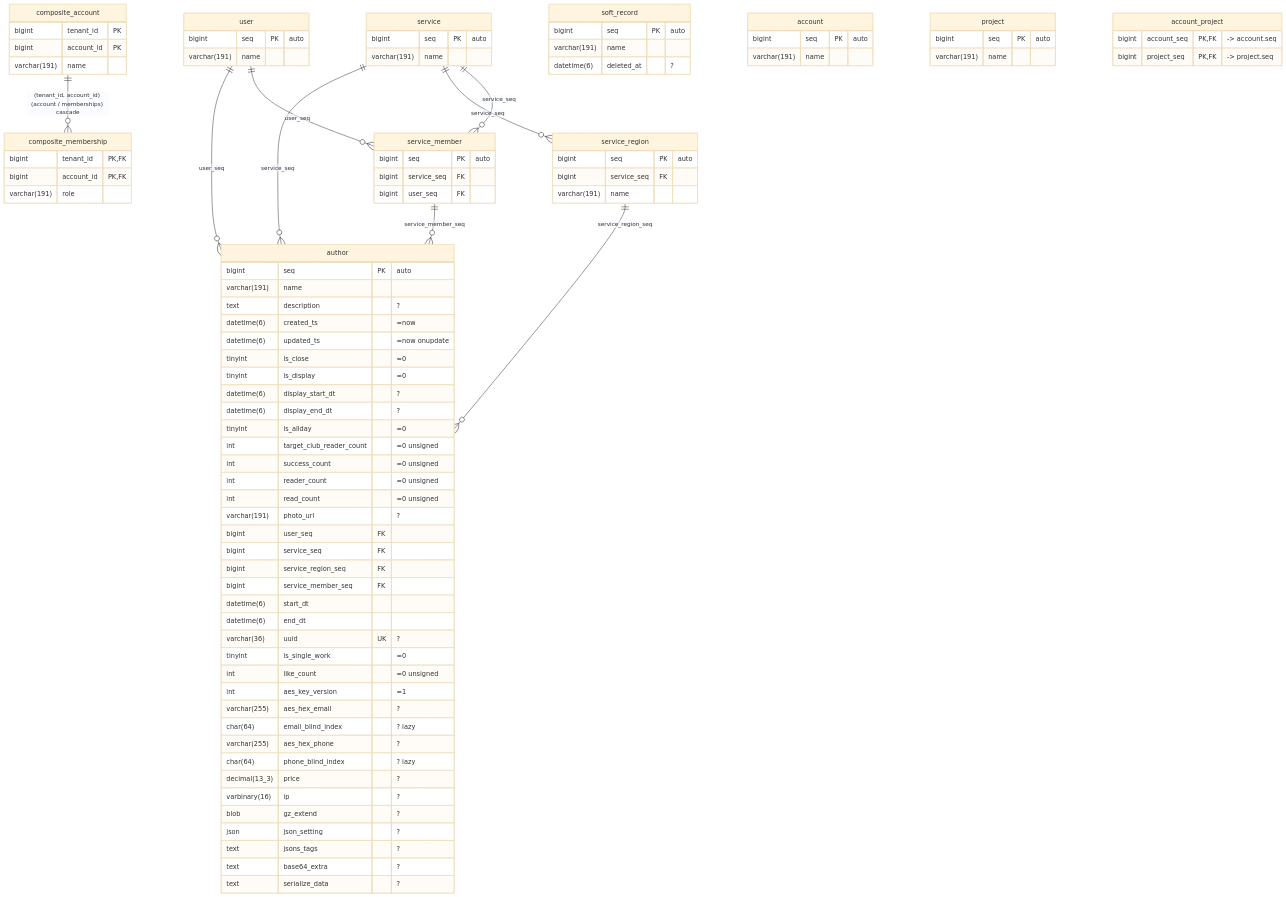
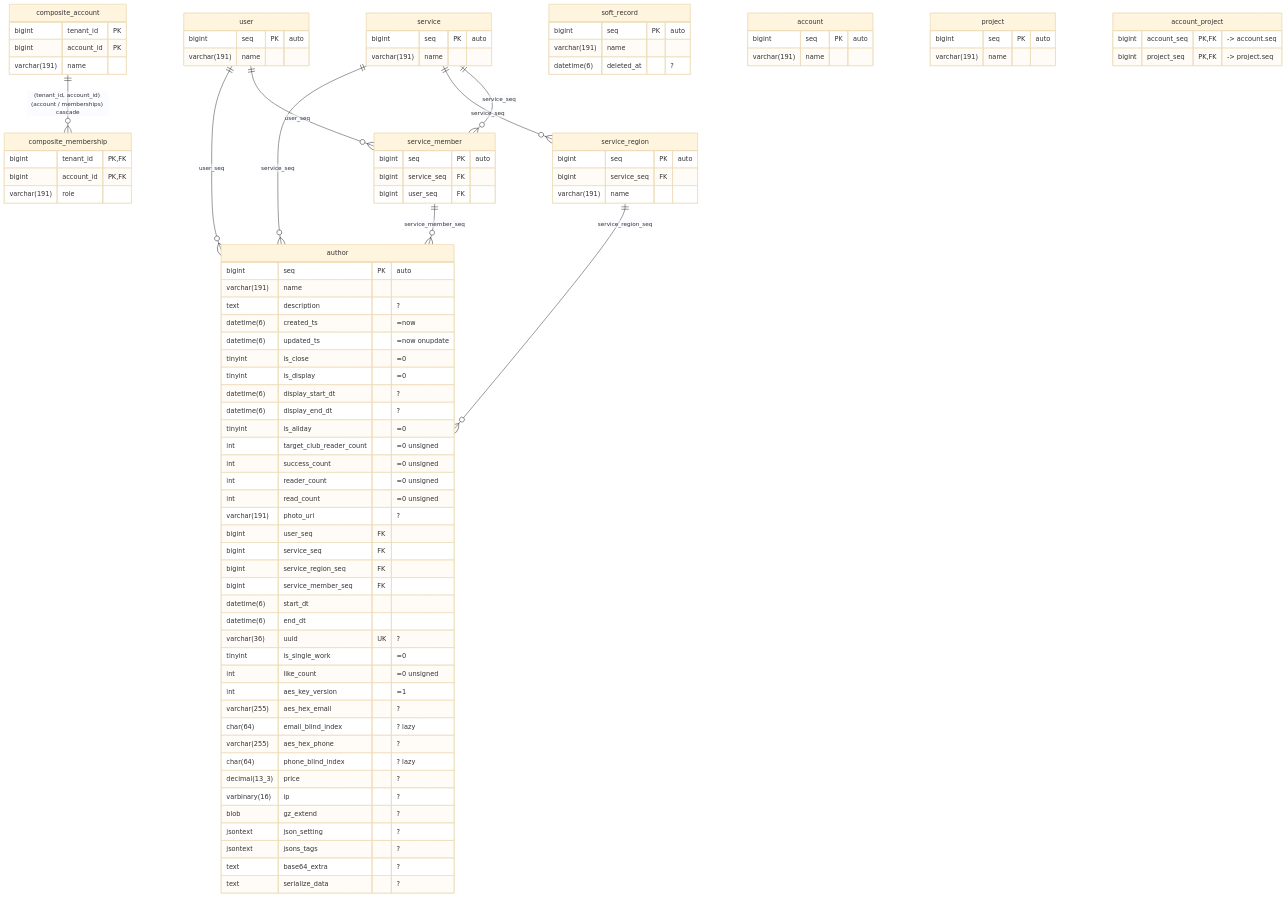
One commit to polyspec/orm changed the diagram in schema/bench.mmd. Above: the diagram before and after it, drawn with Mermaid (base theme). The commit also changed 563 other files, not shown here.

```diff
--- a/schema/bench.mmd
+++ b/schema/bench.mmd
@@ -1,107 +1,103 @@
 erDiagram
   author {
     bigint        seq                      PK  "auto"
     varchar(191)  name
     text          description                  "?"
     datetime(6)   created_ts                   "=now"
     datetime(6)   updated_ts                   "=now onupdate"
     tinyint       is_close                     "=0"
     tinyint       is_display                   "=0"
     datetime(6)   display_start_dt             "?"
     datetime(6)   display_end_dt               "?"
     tinyint       is_allday                    "=0"
     int           target_club_reader_count     "=0 unsigned"
     int           success_count                "=0 unsigned"
     int           reader_count                 "=0 unsigned"
     int           read_count                   "=0 unsigned"
     varchar(191)  photo_url                    "?"
     bigint        user_seq                 FK
     bigint        service_seq              FK
     bigint        service_region_seq       FK
     bigint        service_member_seq       FK
     datetime(6)   start_dt
     datetime(6)   end_dt
     varchar(36)   uuid                     UK  "?"
     tinyint       is_single_work               "=0"
     int           like_count                   "=0 unsigned"
     int           aes_key_version              "=1"
     varchar(255)  aes_hex_email                "?"
     char(64)      email_blind_index            "? lazy"
     varchar(255)  aes_hex_phone                "?"
     char(64)      phone_blind_index            "? lazy"
     decimal(13_3) price                        "?"
     varbinary(16) ip                           "?"
     blob          gz_extend                    "?"
-    json          json_setting                 "?"
-    text          jsons_tags                   "?"
+    jsontext      json_setting                 "?"
+    jsontext      jsons_tags                   "?"
     text          base64_extra                 "?"
     text          serialize_data               "?"
   }
   user {
     bigint        seq   PK "auto"
     varchar(191)  name
   }
   service {
     bigint        seq   PK "auto"
     varchar(191)  name
   }
   service_region {
     bigint        seq   PK "auto"
     bigint        service_seq FK
     varchar(191)  name
   }
   service_member {
     bigint        seq   PK "auto"
     bigint        service_seq FK
     bigint        user_seq    FK
   }
   composite_account {
     bigint        tenant_id PK
     bigint        account_id PK
     varchar(191)  name
   }
   composite_membership {
     bigint        tenant_id PK, FK
     bigint        account_id PK, FK
     varchar(191)  role
   }
   soft_record {
     bigint        seq PK "auto"
     varchar(191)  name
     datetime(6)   deleted_at "?"
   }
   account {
     bigint        seq PK "auto"
     varchar(191)  name
   }
   project {
     bigint        seq PK "auto"
     varchar(191)  name
   }
   account_project {
     bigint        account_seq PK, FK "-> account.seq"
     bigint        project_seq PK, FK "-> project.seq"
   }
 
   user           ||--o{ author         : user_seq
   service        ||--o{ author         : service_seq
   service_region ||--o{ author         : service_region_seq
   service_member ||--o{ author         : service_member_seq
   service        ||--o{ service_region : service_seq
   service        ||--o{ service_member : service_seq
   user           ||--o{ service_member : user_seq
   composite_account ||--o{ composite_membership : "(tenant_id, account_id) (account / memberships) cascade"
 
   %% index author (service_region_seq, is_close, is_display, is_allday) ik
   %% index author (service_seq, is_close) ix_service
   %% index author (user_seq, is_close) ix_user
   %% index author (email_blind_index) ix_email_blind_index
   %% index author (phone_blind_index) ix_phone_blind_index
   %% blind_index author aes_hex_email email_blind_index
   %% blind_index author aes_hex_phone phone_blind_index
-  %% scope author service_seq
   %% fulltext author (name, description)
-  %% predicate author visible : `is_close` = FALSE AND `is_display` = TRUE
-  %% predicate author started_after : `start_dt` > ?
   %% soft_delete soft_record deleted_at
-  %% many_to_many account project projects accounts through account_project
```
